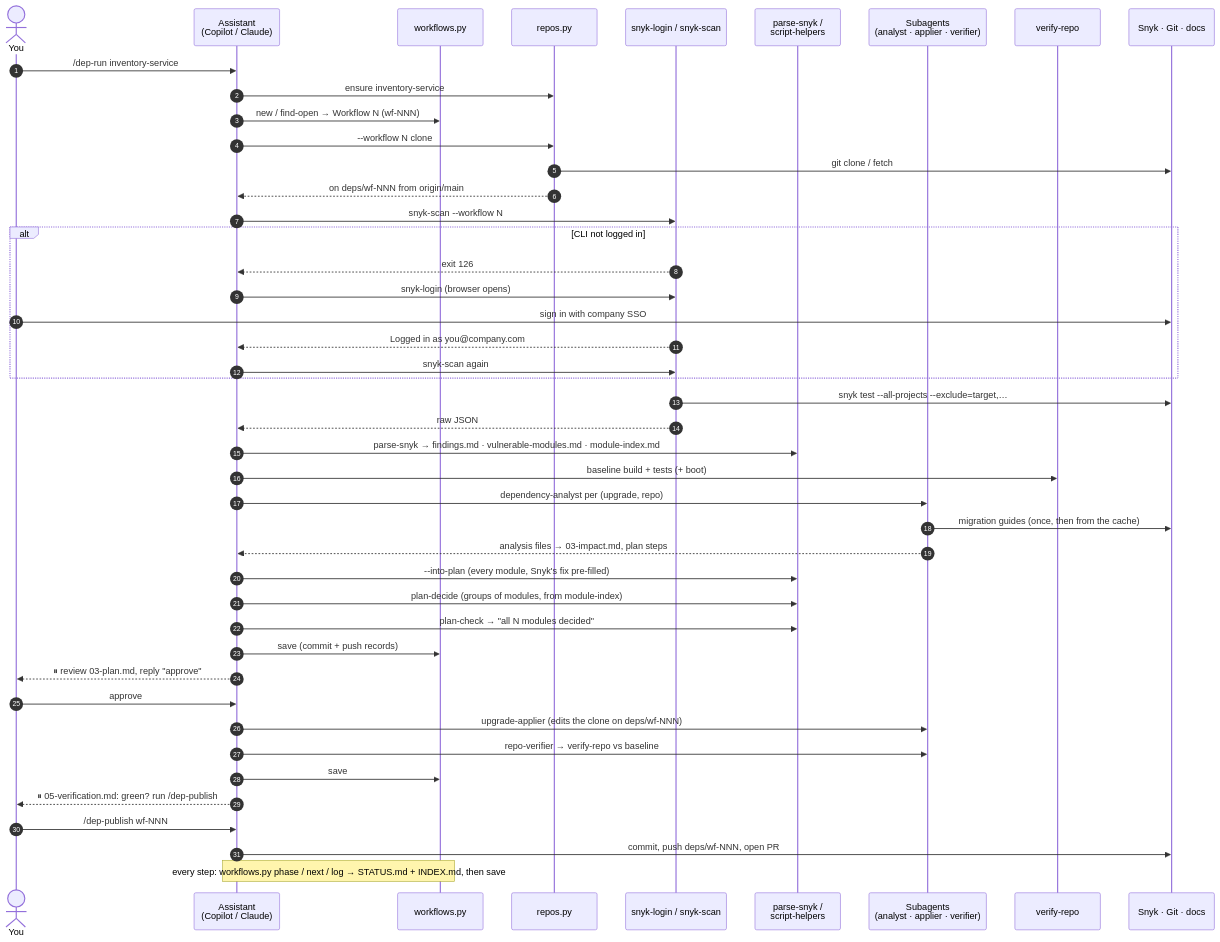
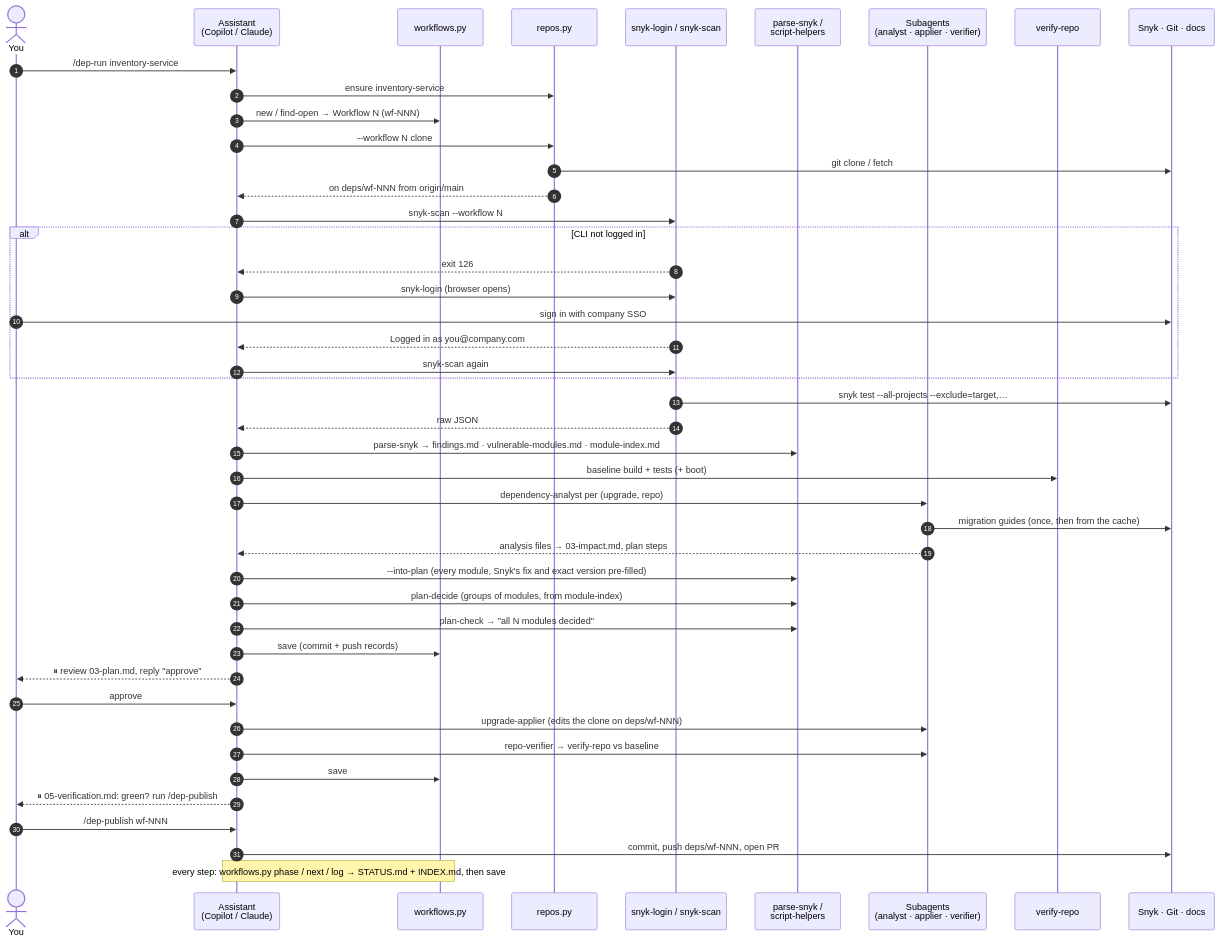
Before and after one commit to elinasarvari/snyk-update-package: the third of 7 diagrams in docs/ARCHITECTURE.md, drawn with Mermaid. The commit also changed 11 other files, not shown here.

First line of the commit message:
Use Snyk's exact versions, never the latest release

````diff
--- a/docs/ARCHITECTURE.md
+++ b/docs/ARCHITECTURE.md
@@ -114,48 +114,48 @@
 ```mermaid
 sequenceDiagram
     autonumber
     actor You
     participant A as Assistant<br/>(Copilot / Claude)
     participant W as workflows.py
     participant R as repos.py
     participant S as snyk-login / snyk-scan
     participant P as parse-snyk /<br/>script-helpers
     participant SA as Subagents<br/>(analyst · applier · verifier)
     participant V as verify-repo
     participant X as Snyk · Git · docs
 
     You->>A: /dep-run inventory-service
     A->>R: ensure inventory-service
     A->>W: new / find-open → Workflow N (wf-NNN)
     A->>R: --workflow N clone
     R->>X: git clone / fetch
     R-->>A: on deps/wf-NNN from origin/main
     A->>S: snyk-scan --workflow N
     alt CLI not logged in
         S-->>A: exit 126
         A->>S: snyk-login (browser opens)
         You->>X: sign in with company SSO
         S-->>A: Logged in as you@company.com
         A->>S: snyk-scan again
     end
     S->>X: snyk test --all-projects --exclude=target,…
     S-->>A: raw JSON
     A->>P: parse-snyk → findings.md · vulnerable-modules.md · module-index.md
     A->>V: baseline build + tests (+ boot)
     A->>SA: dependency-analyst per (upgrade, repo)
     SA->>X: migration guides (once, then from the cache)
     SA-->>A: analysis files → 03-impact.md, plan steps
-    A->>P: --into-plan (every module, Snyk's fix pre-filled)
+    A->>P: --into-plan (every module, Snyk's fix and exact version pre-filled)
     A->>P: plan-decide (groups of modules, from module-index)
     A->>P: plan-check → "all N modules decided"
     A->>W: save (commit + push records)
     A-->>You: ⏸ review 03-plan.md, reply "approve"
     You->>A: approve
     A->>SA: upgrade-applier (edits the clone on deps/wf-NNN)
     A->>SA: repo-verifier → verify-repo vs baseline
     A->>W: save
     A-->>You: ⏸ 05-verification.md: green? run /dep-publish
     You->>A: /dep-publish wf-NNN
     A->>X: commit, push deps/wf-NNN, open PR
     Note over A,W: every step: workflows.py phase / next / log → STATUS.md + INDEX.md, then save
 ```
````
